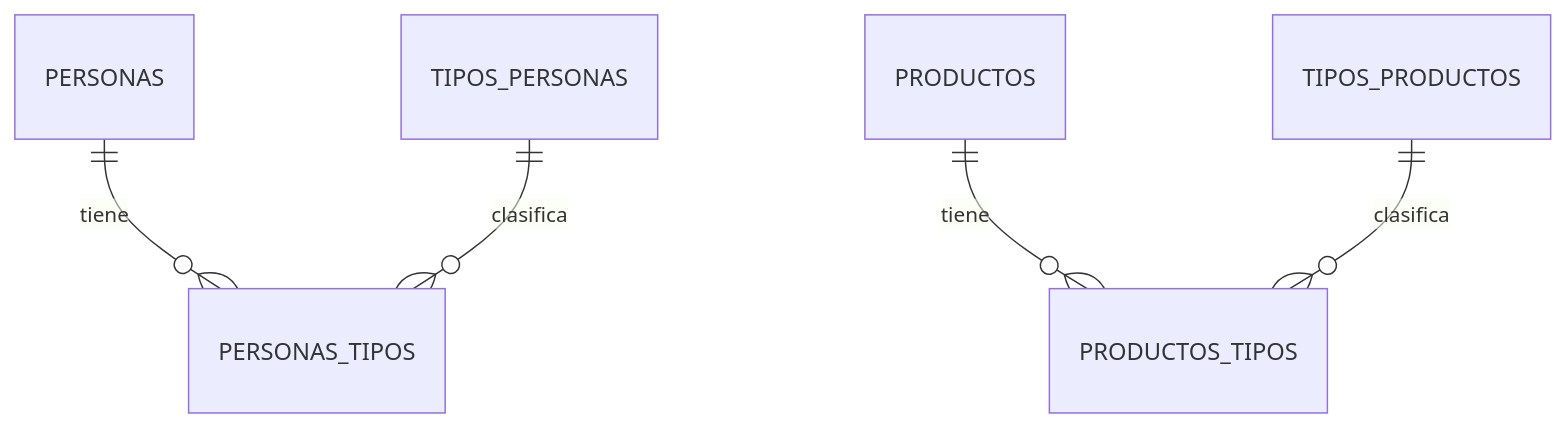
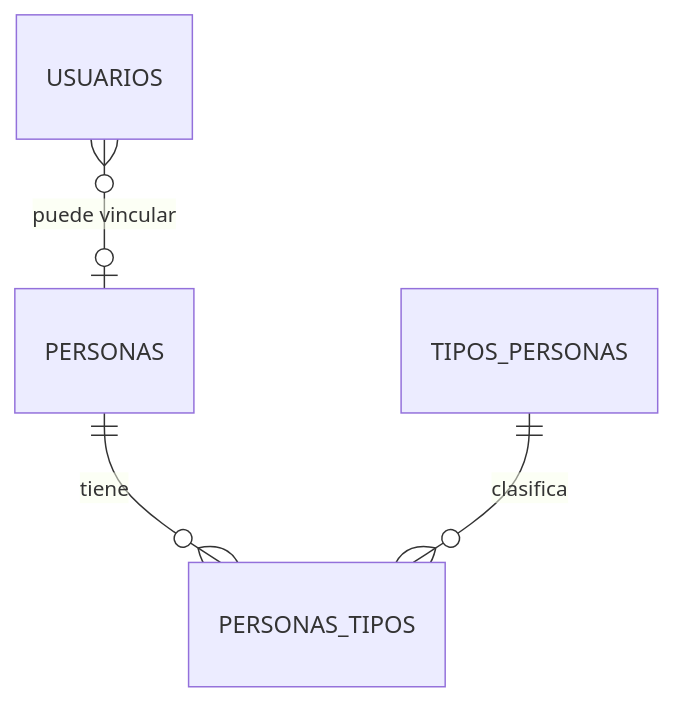
One commit to Renealvarezzz/AutoBrillo changed the first of 2 diagrams in docs/personas-y-productos.md. Above: the diagram before and after it, drawn with Mermaid. The commit also changed other lines of this file and 11 other files, not shown here.

````diff
--- a/docs/personas-y-productos.md
+++ b/docs/personas-y-productos.md
@@ -11,7 +45,6 @@
 ```mermaid
 erDiagram
     PERSONAS ||--o{ PERSONAS_TIPOS : tiene
     TIPOS_PERSONAS ||--o{ PERSONAS_TIPOS : clasifica
-    PRODUCTOS ||--o{ PRODUCTOS_TIPOS : tiene
-    TIPOS_PRODUCTOS ||--o{ PRODUCTOS_TIPOS : clasifica
+    USUARIOS }o--o| PERSONAS : "puede vincular"
 ```
````
